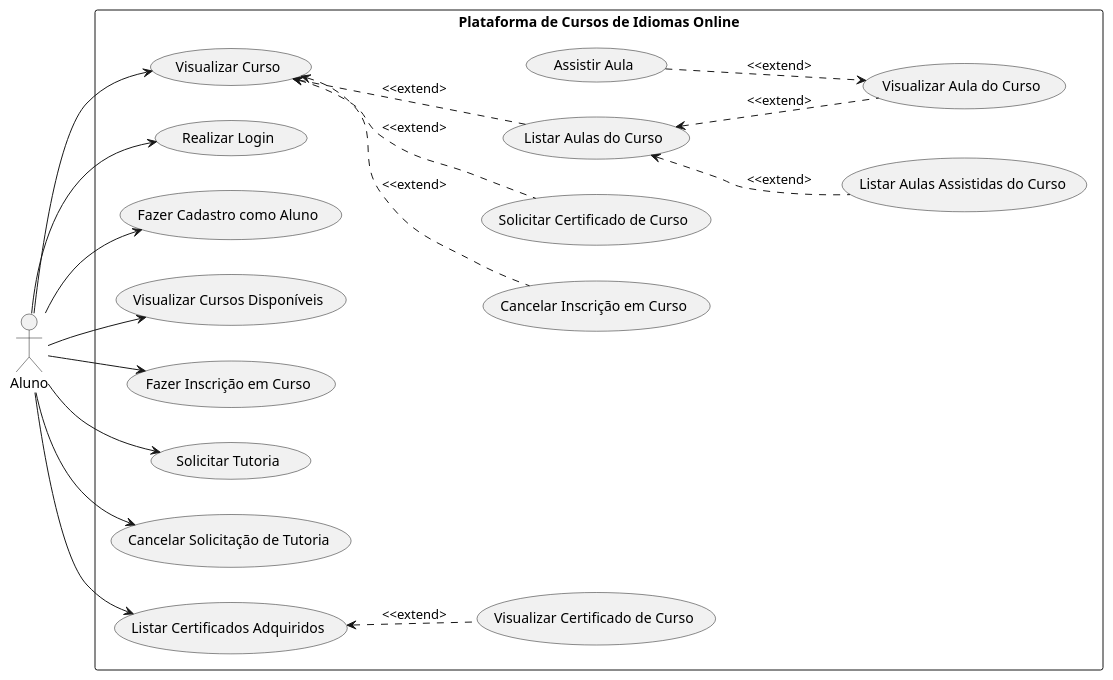
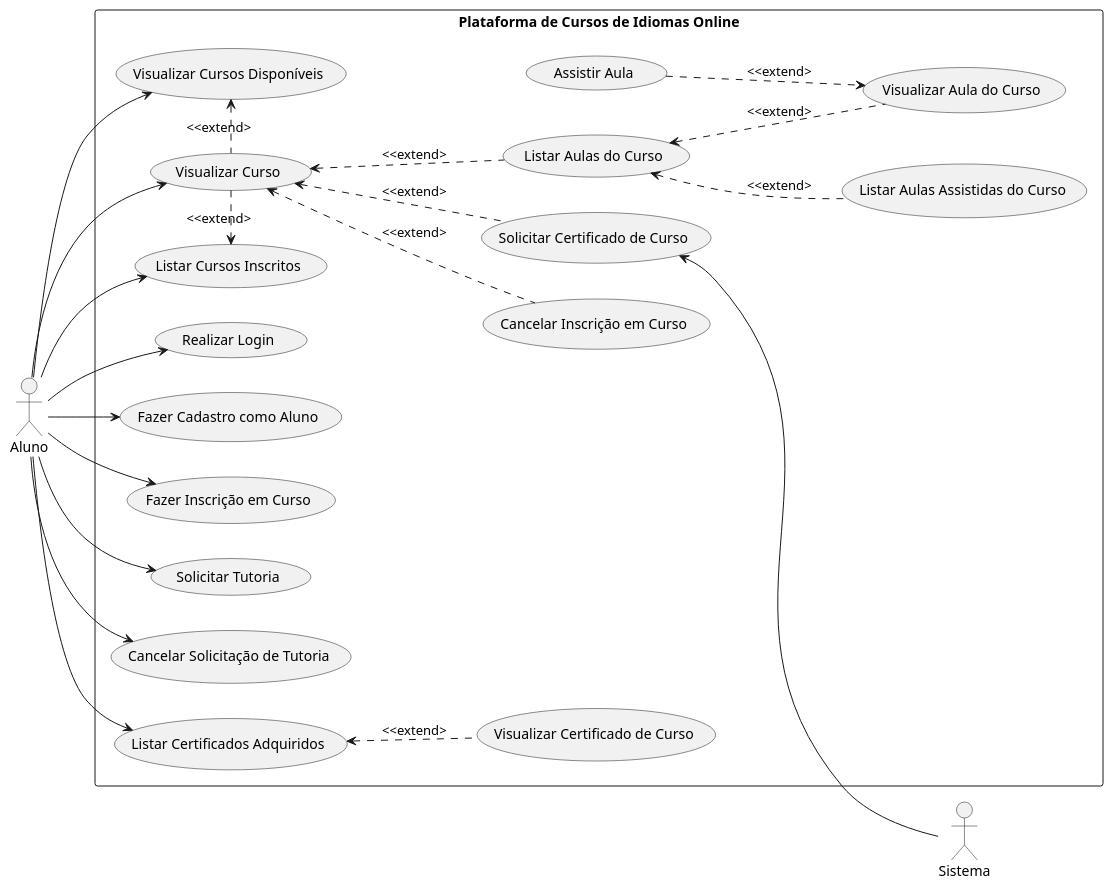
Before and after one commit to Nicolas-Emanuel7/Atividades-APS: the diagram in projeto-1Unidade/aluno.puml, drawn with PlantUML. The commit also changed 3 other files, not shown here.

Commit message:
refactor: atualiza diagrama de casos de uso do professor e do aluno

```diff
--- a/projeto-1Unidade/aluno.puml
+++ b/projeto-1Unidade/aluno.puml
@@ -1,58 +1,68 @@
 @startuml "Plataforma de Cursos de Idiomas Online"
 left to right direction
 
 :Aluno: as aluno
+:Sistema: as sistema
 
 
 rectangle "Plataforma de Cursos de Idiomas Online"{
     (Visualizar Curso) as visualizar_curso
     (Visualizar Aula do Curso) as visualizar_aula_curso
     (Listar Aulas do Curso) as listar_aulas_curso
+    (Listar Cursos Inscritos) as listar_cursos_inscritos
 
     (Realizar Login) as realizar_login
 
     (Fazer Cadastro como Aluno) as fazer_cadastro_aluno
     ' (Visualizar Perfil de Aluno) as visualizar_perfil_aluno
     ' (Atualizar Perfil de Aluno) as atualizar_perfil_aluno
     (Visualizar Cursos Disponíveis) as visualizar_cursos_disponiveis
     ' (Filtrar Listagem de Cursos) as filtrar_listagem_cursos
     ' (Buscar Curso) as buscar_curso
     (Fazer Inscrição em Curso) as fazer_inscricao_curso
     (Cancelar Inscrição em Curso) as cancelar_inscricao_curso
     (Assistir Aula) as assistir_aula
     (Listar Aulas Assistidas do Curso) as listar_aulas_assistidas_curso
     (Solicitar Tutoria) as solicitar_tutoria
     (Cancelar Solicitação de Tutoria) as cancelar_solicitacao_tutoria
     (Solicitar Certificado de Curso) as solicitar_certificado_curso
     (Visualizar Certificado de Curso) as visualizar_certificado_curso
     (Listar Certificados Adquiridos) as listar_certificados_adquiridos
     ' (Avaliar Curso) as avaliar_curso
     ' (Fazer Comentário em Chat de Aula) as fazer_comentario_chat_aula
     ' (Responder Comentário em Chat de Aula) as responder_comentario_chat_aula
 }
 
 aluno --> fazer_cadastro_aluno
 aluno --> realizar_login
 
 aluno --> visualizar_cursos_disponiveis
 
+visualizar_cursos_disponiveis <.right. visualizar_curso: <<extend>
+
+aluno --> listar_cursos_inscritos
+
+listar_cursos_inscritos <.left. visualizar_curso: <<extend>
+
 aluno --> fazer_inscricao_curso
 aluno --> visualizar_curso
 
 visualizar_curso <.down. cancelar_inscricao_curso: <<extend>
 visualizar_curso <.down. listar_aulas_curso: <<extend>
 visualizar_curso <.down. solicitar_certificado_curso: <<extend>
 
 listar_aulas_curso <.down. visualizar_aula_curso: <<extend>
 listar_aulas_curso <.down. listar_aulas_assistidas_curso: <<extend>
 
 visualizar_aula_curso <.up. assistir_aula: <<extend>
 
 aluno --> listar_certificados_adquiridos
 
 listar_certificados_adquiridos <.down. visualizar_certificado_curso: <<extend>
 
 aluno --> solicitar_tutoria
 aluno --> cancelar_solicitacao_tutoria
 
+sistema -up-> solicitar_certificado_curso
+
 @enduml
```
